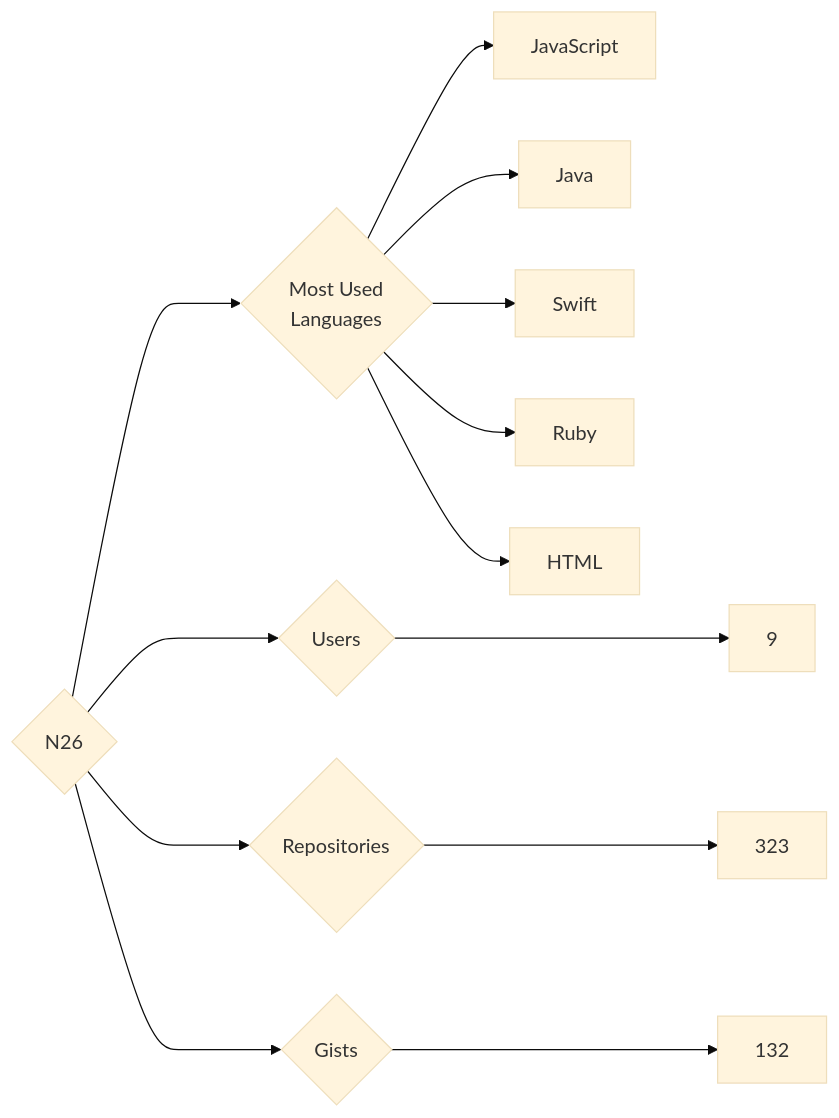
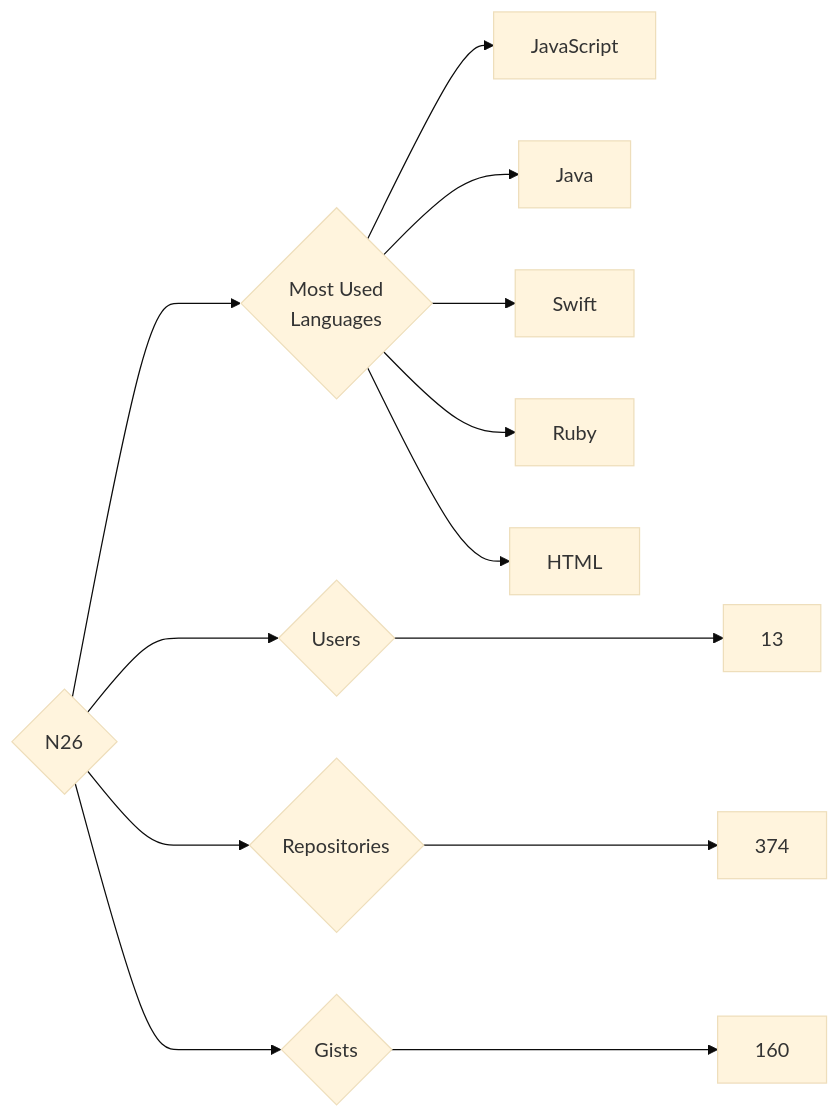
One commit to trickest/insiders changed the diagram in targets/N26/README.md. Above: the diagram before and after it, drawn with Mermaid (base theme). The commit also changed 1696 other files, not shown here.

````diff
--- a/targets/N26/README.md
+++ b/targets/N26/README.md
@@ -3,13 +3,13 @@
 ```mermaid
 graph LR
 COMPANY_NAME{N26}
-COMPANY_NAME ---> U{Users} ---> UN[9]
-COMPANY_NAME ---> R{Repositories} ---> RN[323]
-COMPANY_NAME ---> G{Gists} ---> GN[132]
+COMPANY_NAME ---> U{Users} ---> UN[13]
+COMPANY_NAME ---> R{Repositories} ---> RN[374]
+COMPANY_NAME ---> G{Gists} ---> GN[160]
 COMPANY_NAME ---> ML{Most Used<br>Languages}
 ML --> JavaScript[JavaScript]
 ML --> Java[Java]
 ML --> Swift[Swift]
 ML --> Ruby[Ruby]
 ML --> HTML[HTML]
 ```
````
